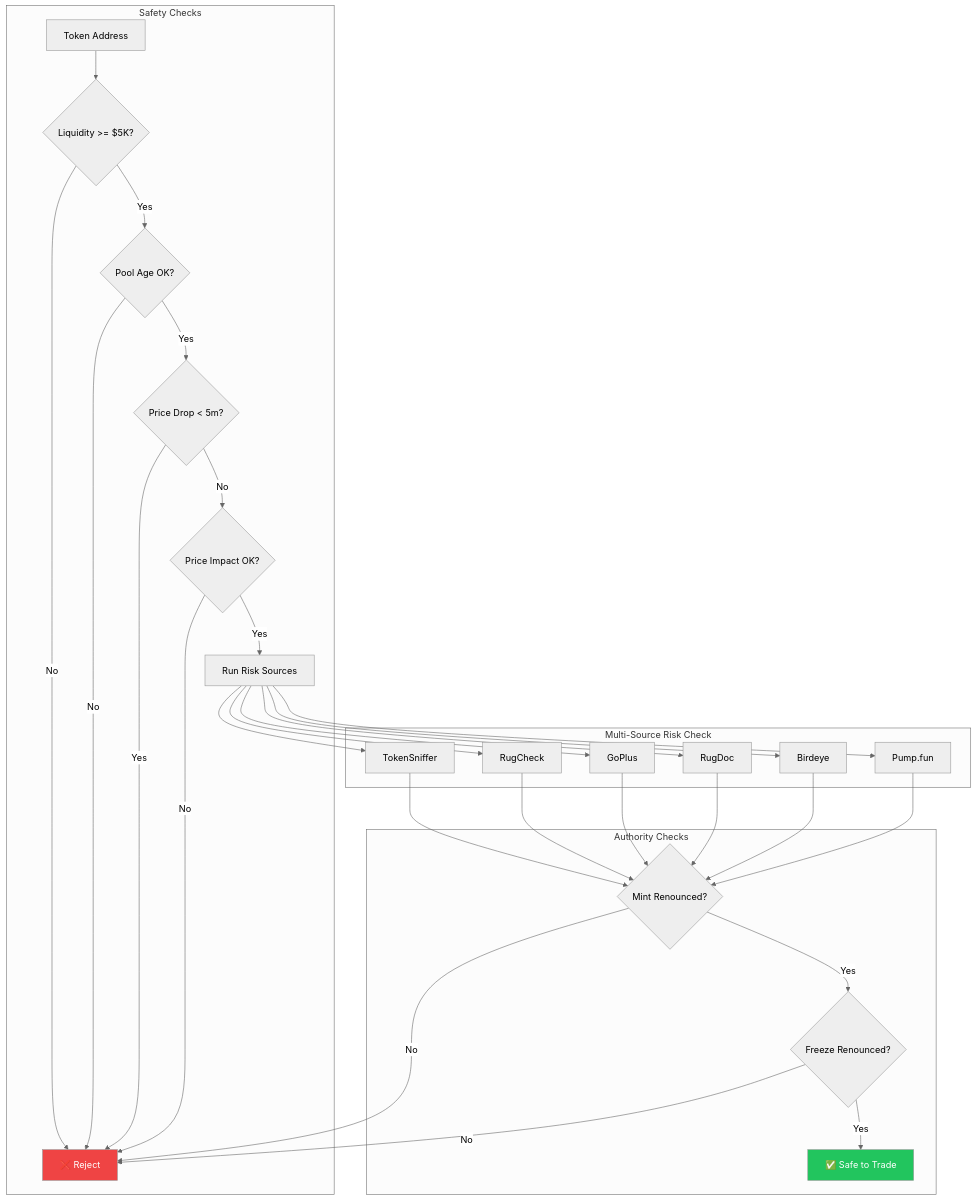
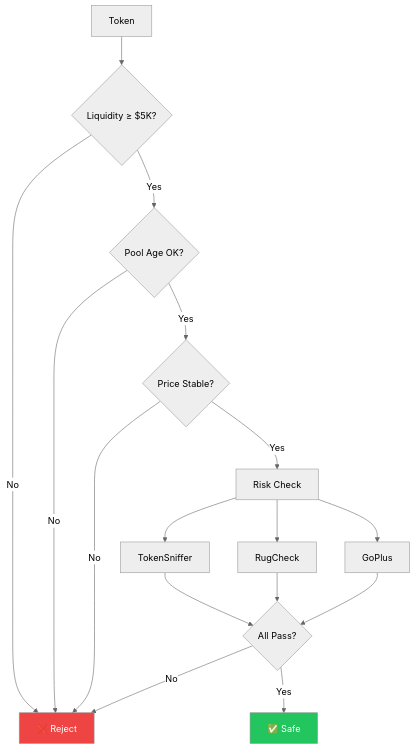
The seventh of 15 diagrams in README.md (blablablasealsaresoft/pumpfun-intelligence), drawn with Mermaid (neutral theme) before and after one commit. The commit also changed other lines of this file, not shown here.

````diff
--- a/README.md
+++ b/README.md
@@ -302,39 +283,24 @@
 ```mermaid
 flowchart TD
-    subgraph Checks["Safety Checks"]
-        A[Token Address] --> B{Liquidity >= $5K?}
-        B -->|No| REJECT[❌ Reject]
-        B -->|Yes| C{Pool Age OK?}
-        C -->|No| REJECT
-        C -->|Yes| D{Price Drop < 5m?}
-        D -->|Yes| REJECT
-        D -->|No| E{Price Impact OK?}
-        E -->|No| REJECT
-        E -->|Yes| F[Run Risk Sources]
-    end
+    A[Token] --> B{Liquidity ≥ $5K?}
+    B -->|No| X[❌ Reject]
+    B -->|Yes| C{Pool Age OK?}
+    C -->|No| X
+    C -->|Yes| D{Price Stable?}
+    D -->|No| X
+    D -->|Yes| E[Risk Check]
 
-    subgraph Sources["Multi-Source Risk Check"]
-        F --> G[TokenSniffer]
-        F --> H[RugCheck]
-        F --> I[GoPlus]
-        F --> J[RugDoc]
-        F --> K[Birdeye]
-        F --> L[Pump.fun]
-    end
+    E --> F[TokenSniffer]
+    E --> G[RugCheck]
+    E --> H[GoPlus]
 
-    subgraph Authority["Authority Checks"]
-        G --> M{Mint Renounced?}
-        H --> M
-        I --> M
-        J --> M
-        K --> M
-        L --> M
-        M -->|No| REJECT
-        M -->|Yes| N{Freeze Renounced?}
-        N -->|No| REJECT
-        N -->|Yes| APPROVE[✅ Safe to Trade]
-    end
+    F --> I{All Pass?}
+    G --> I
+    H --> I
 
-    style APPROVE fill:#22c55e,color:#fff
-    style REJECT fill:#ef4444,color:#fff
+    I -->|No| X
+    I -->|Yes| J[✅ Safe]
+
+    style J fill:#22c55e,color:#fff
+    style X fill:#ef4444,color:#fff
 ```
````
